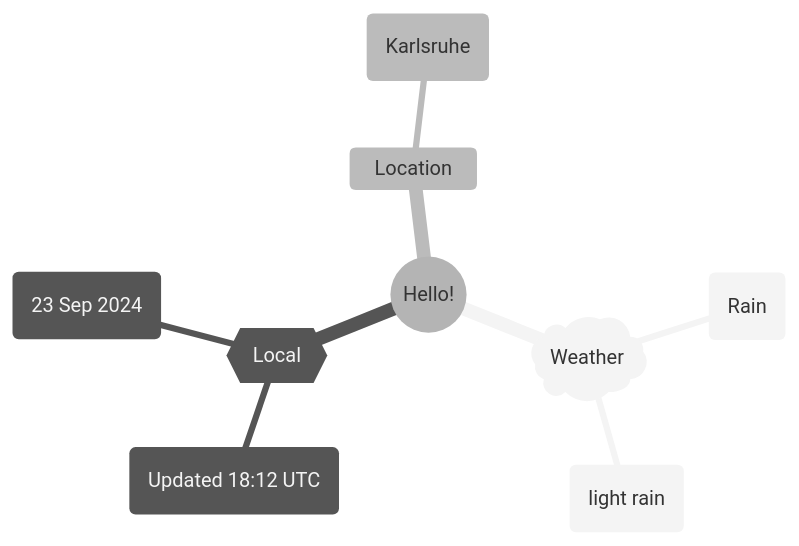
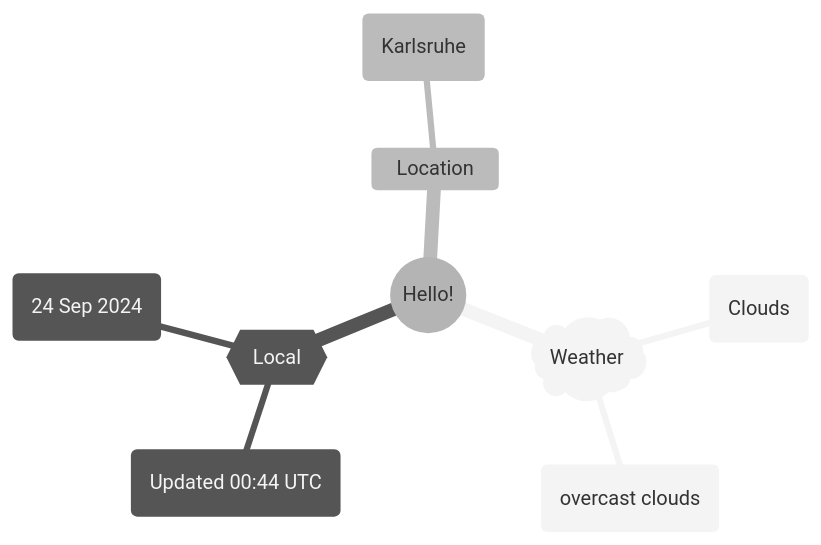
One commit to Xosrov/Xosrov changed the first of 2 diagrams in README.md. Above: the diagram before and after it, drawn with Mermaid (neutral theme).

Commit message:
[bot] updated images

````diff
--- a/README.md
+++ b/README.md
@@ -3,12 +3,12 @@
 ```mermaid
 mindmap
   root((Hello!))
     )Weather(
-        (Rain)
-        (light rain)
+        (Clouds)
+        (overcast clouds)
     {{Local}}
-        (Updated 18:12 UTC)
-        (23 Sep 2024)
+        (Updated 00:44 UTC)
+        (24 Sep 2024)
     Location
         (Karlsruhe)
 ```
````
